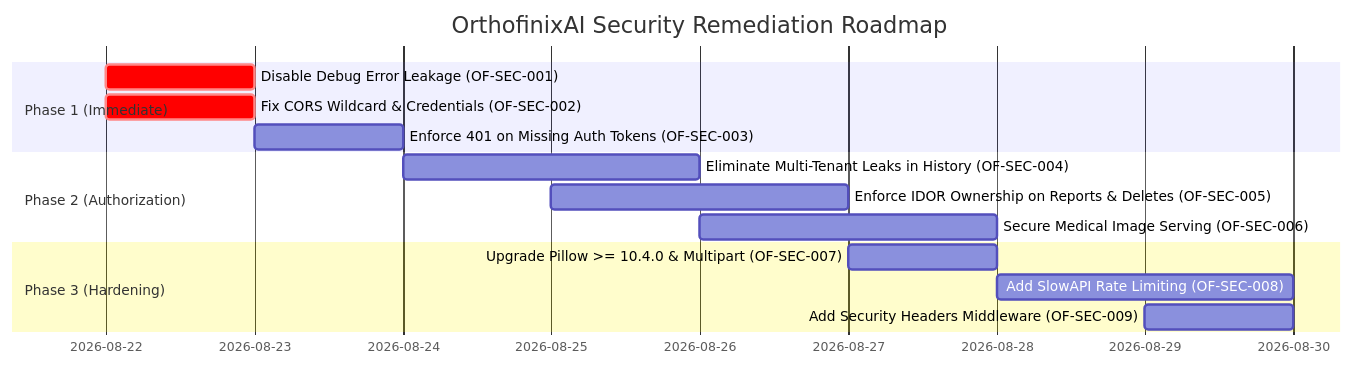
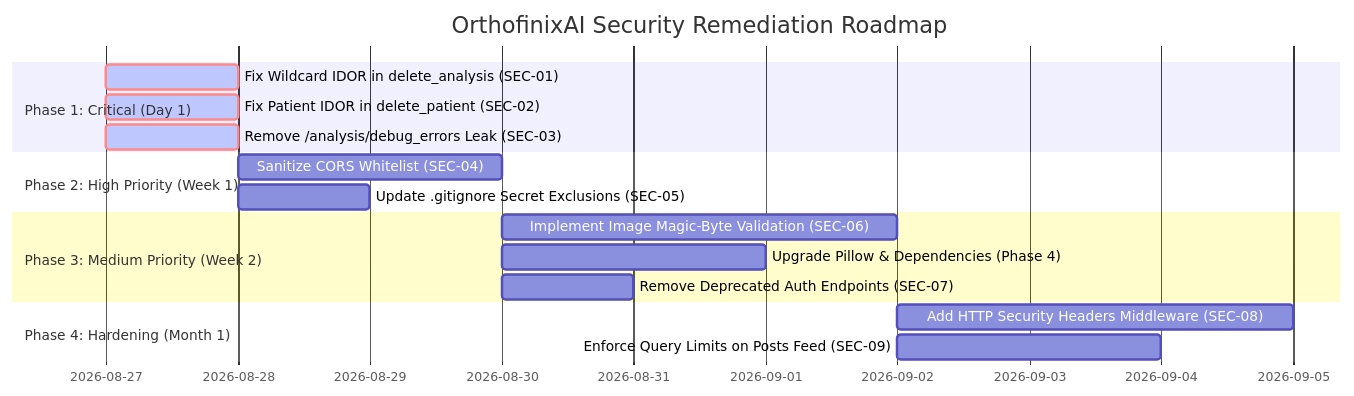
One commit to NavithaSelvam/OrthofinixAI changed the diagram in security-review.md. Above: the diagram before and after it, drawn with Mermaid. The commit also changed other lines of this file and 7 other files, not shown here.

Commit message:
feat: complete cross-platform sync, harmonized case schemas, and comprehensive security review

````diff
--- a/security-review.md
+++ b/security-review.md
@@ -308,17 +207,19 @@
 ```mermaid
 gantt
     title OrthofinixAI Security Remediation Roadmap
     dateFormat  YYYY-MM-DD
-    section Phase 1 (Immediate)
-    Disable Debug Error Leakage (OF-SEC-001)    :crit, p1_1, 2026-08-22, 1d
-    Fix CORS Wildcard & Credentials (OF-SEC-002):crit, p1_2, 2026-08-22, 1d
-    Enforce 401 on Missing Auth Tokens (OF-SEC-003):p1_3, 2026-08-23, 1d
-    section Phase 2 (Authorization)
-    Eliminate Multi-Tenant Leaks in History (OF-SEC-004) :p2_1, 2026-08-24, 2d
-    Enforce IDOR Ownership on Reports & Deletes (OF-SEC-005):p2_2, 2026-08-25, 2d
-    Secure Medical Image Serving (OF-SEC-006)   :p2_3, 2026-08-26, 2d
-    section Phase 3 (Hardening)
-    Upgrade Pillow >= 10.4.0 & Multipart (OF-SEC-007):p3_1, 2026-08-27, 1d
-    Add SlowAPI Rate Limiting (OF-SEC-008)      :p3_2, 2026-08-28, 2d
-    Add Security Headers Middleware (OF-SEC-009):p3_3, 2026-08-29, 1d
+    section Phase 1: Critical (Day 1)
+    Fix Wildcard IDOR in delete_analysis (SEC-01)   :crit, active, p1_1, 2026-08-27, 1d
+    Fix Patient IDOR in delete_patient (SEC-02)      :crit, active, p1_2, 2026-08-27, 1d
+    Remove /analysis/debug_errors Leak (SEC-03)       :crit, active, p1_3, 2026-08-27, 1d
+    section Phase 2: High Priority (Week 1)
+    Sanitize CORS Whitelist (SEC-04)                 :p2_1, after p1_3, 2d
+    Update .gitignore Secret Exclusions (SEC-05)     :p2_2, after p1_3, 1d
+    section Phase 3: Medium Priority (Week 2)
+    Implement Image Magic-Byte Validation (SEC-06)   :p3_1, after p2_1, 3d
+    Upgrade Pillow & Dependencies (Phase 4)          :p3_2, after p2_1, 2d
+    Remove Deprecated Auth Endpoints (SEC-07)        :p3_3, after p2_1, 1d
+    section Phase 4: Hardening (Month 1)
+    Add HTTP Security Headers Middleware (SEC-08)    :p4_1, after p3_1, 3d
+    Enforce Query Limits on Posts Feed (SEC-09)      :p4_2, after p3_1, 2d
 ```
````
